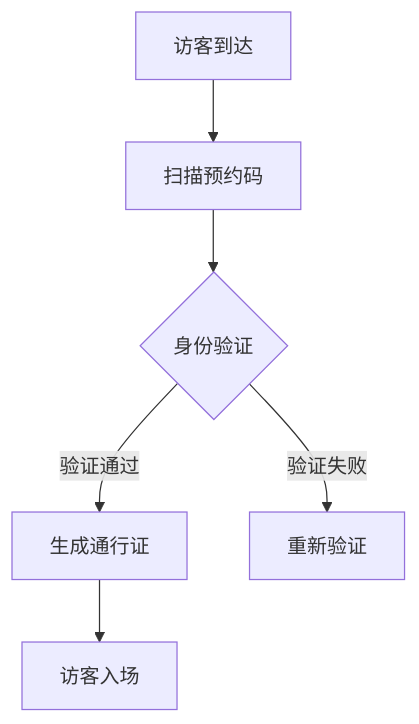
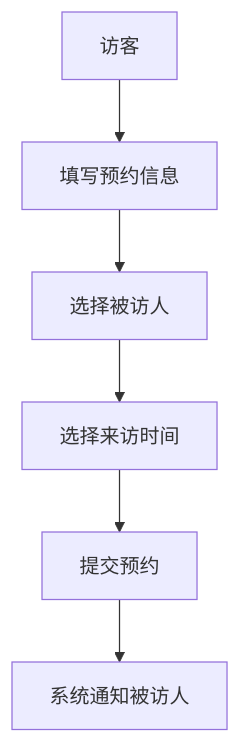
Before and after one commit to zhishi324/n8ndeploy: the diagram in doc/requirement1.md, drawn with Mermaid. The commit also changed other lines of this file, not shown here.

````diff
--- a/doc/requirement1.md
+++ b/doc/requirement1.md
@@ -39,8 +23,8 @@
 ```mermaid
 graph TD
-    A[访客到达] --> B[扫描预约码]
-    B --> C{身份验证}
-    C -->|验证通过| D[生成通行证]
-    C -->|验证失败| E[重新验证]
-    D --> F[访客入场]
+    A[访客] --> B[填写预约信息]
+    B --> C[选择被访人]
+    C --> D[选择来访时间]
+    D --> E[提交预约]
+    E --> F[系统通知被访人]
 ```
````
